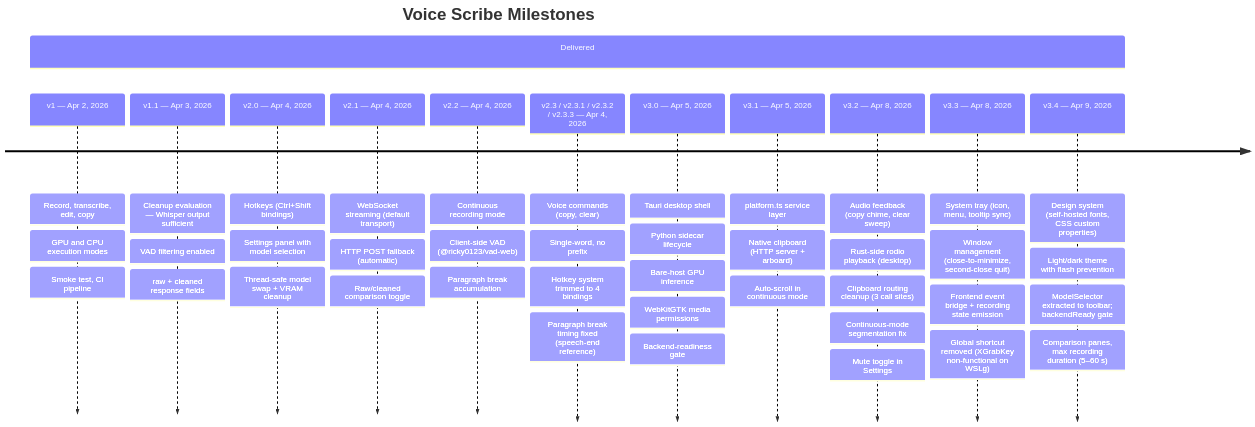
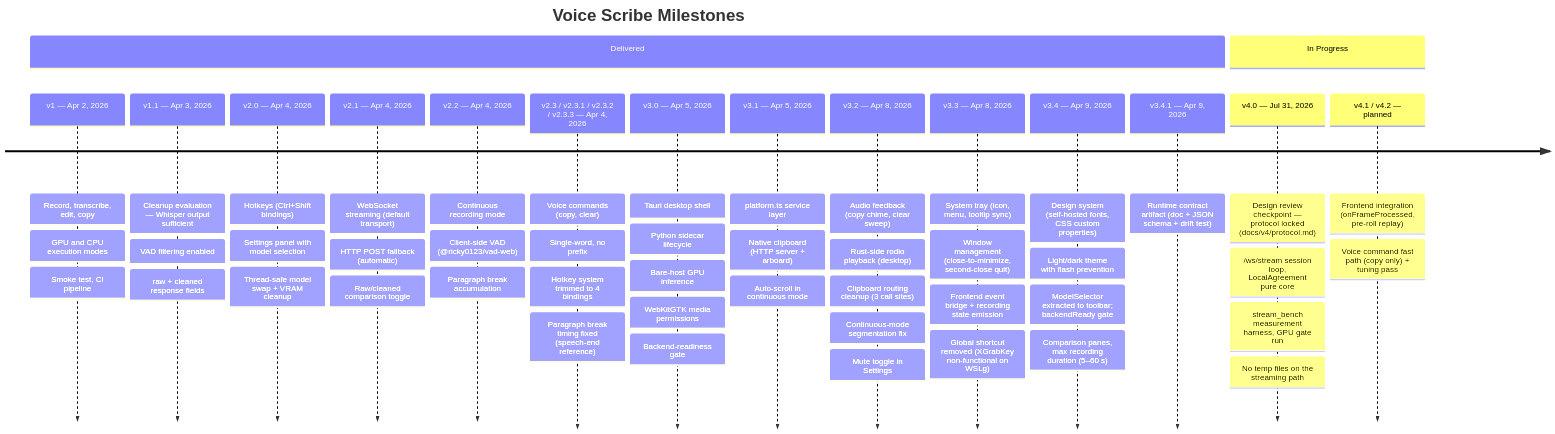
One commit to JohnYanez95/voice-scribe changed the diagram in docs/diagrams/milestone-timeline.mmd. Above: the diagram before and after it, drawn with Mermaid. The commit also changed 11 other files, not shown here.

```diff
--- a/docs/diagrams/milestone-timeline.mmd
+++ b/docs/diagrams/milestone-timeline.mmd
@@ -1,54 +1,65 @@
 timeline
     title Voice Scribe Milestones
     section Delivered
         v1 — Apr 2, 2026
             : Record, transcribe, edit, copy
             : GPU and CPU execution modes
             : Smoke test, CI pipeline
         v1.1 — Apr 3, 2026
             : Cleanup evaluation — Whisper output sufficient
             : VAD filtering enabled
             : raw + cleaned response fields
         v2.0 — Apr 4, 2026
             : Hotkeys (Ctrl+Shift bindings)
             : Settings panel with model selection
             : Thread-safe model swap + VRAM cleanup
         v2.1 — Apr 4, 2026
             : WebSocket streaming (default transport)
             : HTTP POST fallback (automatic)
             : Raw/cleaned comparison toggle
         v2.2 — Apr 4, 2026
             : Continuous recording mode
             : Client-side VAD (@ricky0123/vad-web)
             : Paragraph break accumulation
         v2.3 / v2.3.1 / v2.3.2 / v2.3.3 — Apr 4, 2026
             : Voice commands (copy, clear)
             : Single-word, no prefix
             : Hotkey system trimmed to 4 bindings
             : Paragraph break timing fixed (speech-end reference)
         v3.0 — Apr 5, 2026
             : Tauri desktop shell
             : Python sidecar lifecycle
             : Bare-host GPU inference
             : WebKitGTK media permissions
             : Backend-readiness gate
         v3.1 — Apr 5, 2026
             : platform.ts service layer
             : Native clipboard (HTTP server + arboard)
             : Auto-scroll in continuous mode
         v3.2 — Apr 8, 2026
             : Audio feedback (copy chime, clear sweep)
             : Rust-side rodio playback (desktop)
             : Clipboard routing cleanup (3 call sites)
             : Continuous-mode segmentation fix
             : Mute toggle in Settings
         v3.3 — Apr 8, 2026
             : System tray (icon, menu, tooltip sync)
             : Window management (close-to-minimize, second-close quit)
             : Frontend event bridge + recording state emission
             : Global shortcut removed (XGrabKey non-functional on WSLg)
         v3.4 — Apr 9, 2026
             : Design system (self-hosted fonts, CSS custom properties)
             : Light/dark theme with flash prevention
             : ModelSelector extracted to toolbar; backendReady gate
             : Comparison panes, max recording duration (5–60 s)
+        v3.4.1 — Apr 9, 2026
+            : Runtime contract artifact (doc + JSON schema + drift test)
+    section In Progress
+        v4.0 — Jul 31, 2026
+            : Design review checkpoint — protocol locked (docs/v4/protocol.md)
+            : /ws/stream session loop, LocalAgreement pure core
+            : stream_bench measurement harness, GPU gate run
+            : No temp files on the streaming path
+        v4.1 / v4.2 — planned
+            : Frontend integration (onFrameProcessed, pre-roll replay)
+            : Voice command fast path (copy only) + tuning pass
```
